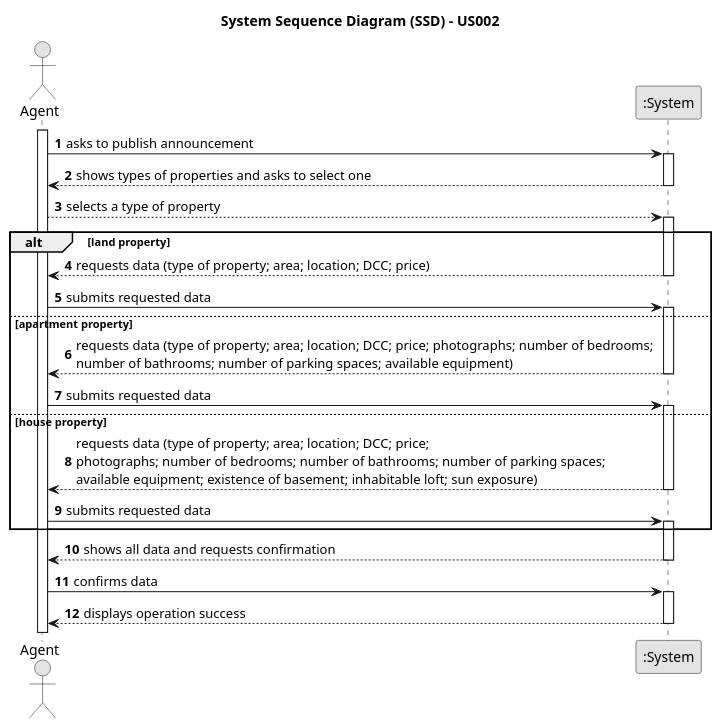
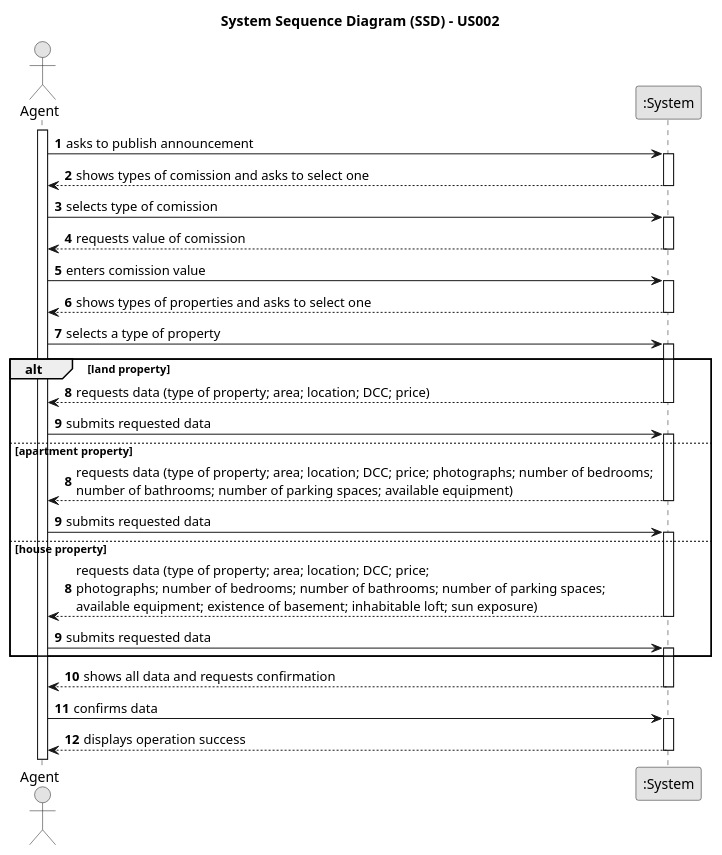
The diagram in docs/sprintA/us002/01.requirements-engineering/puml/us002-system-sequence-diagram.puml (rita-barbosa/LAPR2-2223), drawn with PlantUML before and after one commit. The commit also changed 5 other files, not shown here.

```diff
--- a/docs/sprintA/us002/01.requirements-engineering/puml/us002-system-sequence-diagram.puml
+++ b/docs/sprintA/us002/01.requirements-engineering/puml/us002-system-sequence-diagram.puml
@@ -1,52 +1,66 @@
 @startuml
 skinparam monochrome true
 skinparam packageStyle rectangle
 skinparam shadowing false
 
 title System Sequence Diagram (SSD) - US002
 
 autonumber
 
 actor "Agent" as Employee
 participant ":System" as System
 
 activate Employee
 
     Employee -> System : asks to publish announcement
     activate System
 
+      System --> Employee : shows types of comission and asks to select one
+    deactivate System
+
+    Employee -> System : selects type of comission
+    activate System
+
+    System --> Employee : requests value of comission
+    deactivate System
+
+    Employee -> System : enters comission value
+    activate System
+
     System --> Employee : shows types of properties and asks to select one
     deactivate System
 
-    Employee --> System : selects a type of property
+    Employee -> System : selects a type of property
         activate System
 
     alt land property
+    autonumber 8
        System --> Employee : requests data (type of property; area; location; DCC; price)
           deactivate System
       Employee -> System : submits requested data
               activate System
 
     else apartment property
+     autonumber 8
       System --> Employee : requests data (type of property; area; location; DCC; price; photographs; number of bedrooms; \nnumber of bathrooms; number of parking spaces; available equipment)
         deactivate System
     Employee -> System : submits requested data
             activate System
     else house property
-
+     autonumber 8
       System --> Employee : requests data (type of property; area; location; DCC; price; \nphotographs; number of bedrooms; number of bathrooms; number of parking spaces; \navailable equipment; existence of basement; inhabitable loft; sun exposure)
         deactivate System
 
         Employee -> System : submits requested data
         activate System
 end
         System --> Employee : shows all data and requests confirmation
     deactivate System
 
     Employee -> System : confirms data
     activate System
 
         System --> Employee : displays operation success
     deactivate System
 
 @enduml
```
